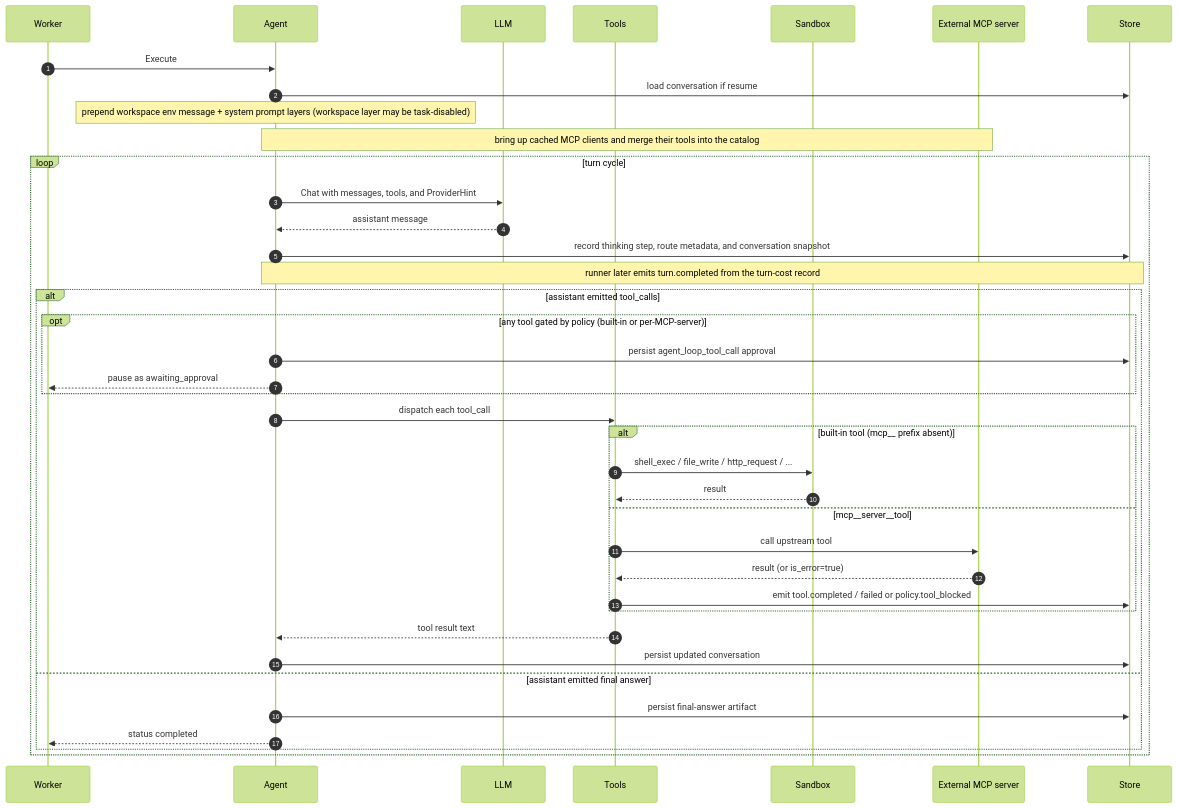
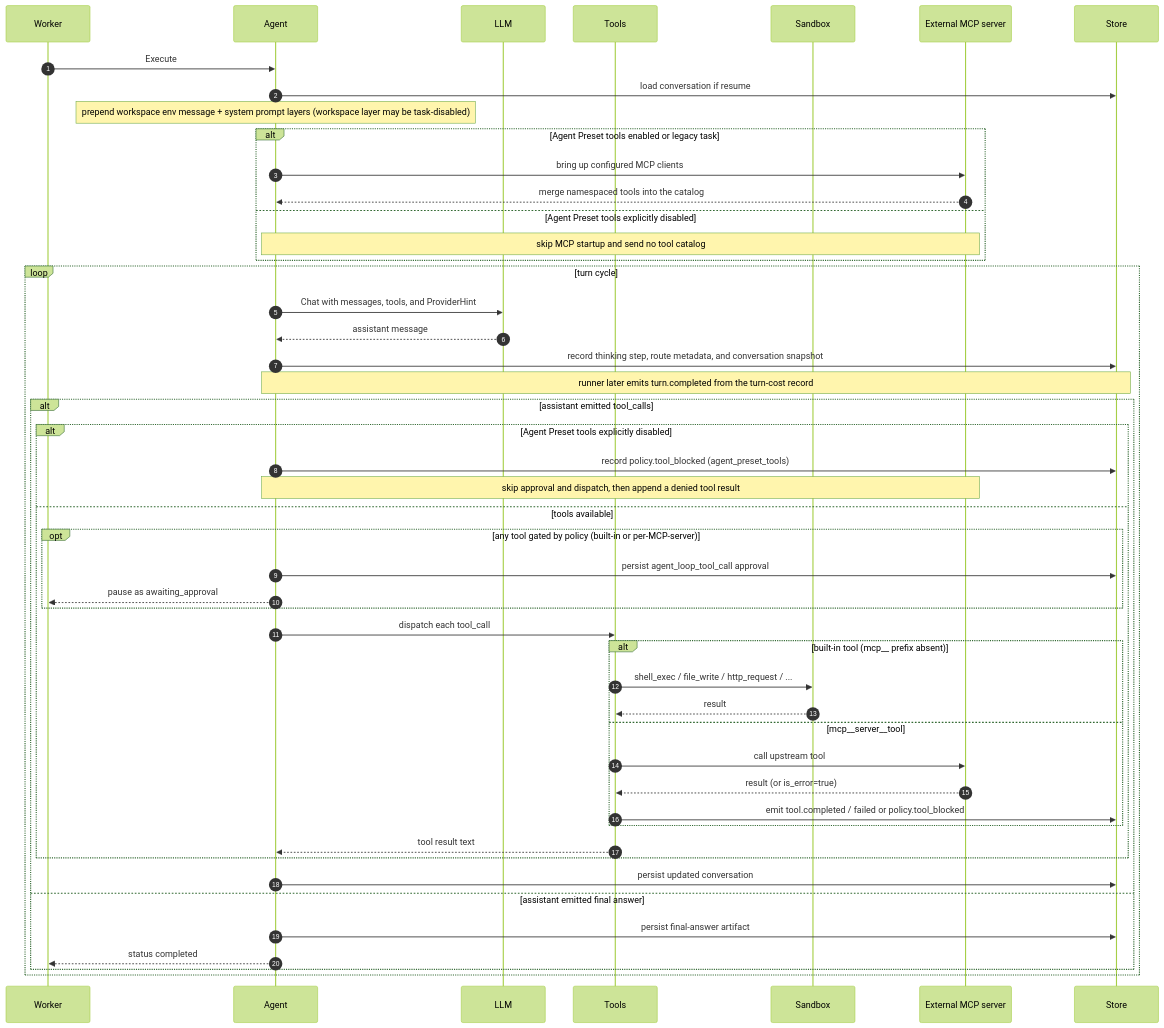
Before and after one commit to hecatehq/hecate: the third of 3 diagrams in docs/contributor/architecture.md, drawn with Mermaid (forest theme). The commit also changed other lines of this file and 5 other files, not shown here.

Commit message:
fix(runtime): skip impossible preset approval

````diff
--- a/docs/contributor/architecture.md
+++ b/docs/contributor/architecture.md
@@ -139,41 +139,51 @@
 ```mermaid
 sequenceDiagram
     autonumber
     participant Worker
     participant Agent
     participant LLM
     participant Tools
     participant Sandbox
     participant MCP as External MCP server
     participant Store
     Worker->>Agent: Execute
     Agent->>Store: load conversation if resume
     Note over Agent: prepend workspace env message + system prompt layers (workspace layer may be task-disabled)
-    Note over Agent,MCP: bring up cached MCP clients and merge their tools into the catalog
+    alt Agent Preset tools enabled or legacy task
+        Agent->>MCP: bring up configured MCP clients
+        MCP-->>Agent: merge namespaced tools into the catalog
+    else Agent Preset tools explicitly disabled
+        Note over Agent,MCP: skip MCP startup and send no tool catalog
+    end
     loop turn cycle
         Agent->>LLM: Chat with messages, tools, and ProviderHint
         LLM-->>Agent: assistant message
         Agent->>Store: record thinking step, route metadata, and conversation snapshot
         Note over Agent,Store: runner later emits turn.completed from the turn-cost record
         alt assistant emitted tool_calls
-            opt any tool gated by policy (built-in or per-MCP-server)
-                Agent->>Store: persist agent_loop_tool_call approval
-                Agent-->>Worker: pause as awaiting_approval
+            alt Agent Preset tools explicitly disabled
+                Agent->>Store: record policy.tool_blocked (agent_preset_tools)
+                Note over Agent,MCP: skip approval and dispatch, then append a denied tool result
+            else tools available
+                opt any tool gated by policy (built-in or per-MCP-server)
+                    Agent->>Store: persist agent_loop_tool_call approval
+                    Agent-->>Worker: pause as awaiting_approval
+                end
+                Agent->>Tools: dispatch each tool_call
+                alt built-in tool (mcp__ prefix absent)
+                    Tools->>Sandbox: shell_exec / file_write / http_request / ...
+                    Sandbox-->>Tools: result
+                else mcp__server__tool
+                    Tools->>MCP: call upstream tool
+                    MCP-->>Tools: result (or is_error=true)
+                    Tools->>Store: emit tool.completed / failed or policy.tool_blocked
+                end
+                Tools-->>Agent: tool result text
             end
-            Agent->>Tools: dispatch each tool_call
-            alt built-in tool (mcp__ prefix absent)
-                Tools->>Sandbox: shell_exec / file_write / http_request / ...
-                Sandbox-->>Tools: result
-            else mcp__server__tool
-                Tools->>MCP: call upstream tool
-                MCP-->>Tools: result (or is_error=true)
-                Tools->>Store: emit tool.completed / failed or policy.tool_blocked
-            end
-            Tools-->>Agent: tool result text
             Agent->>Store: persist updated conversation
         else assistant emitted final answer
             Agent->>Store: persist final-answer artifact
             Agent-->>Worker: status completed
         end
     end
 ```
````
